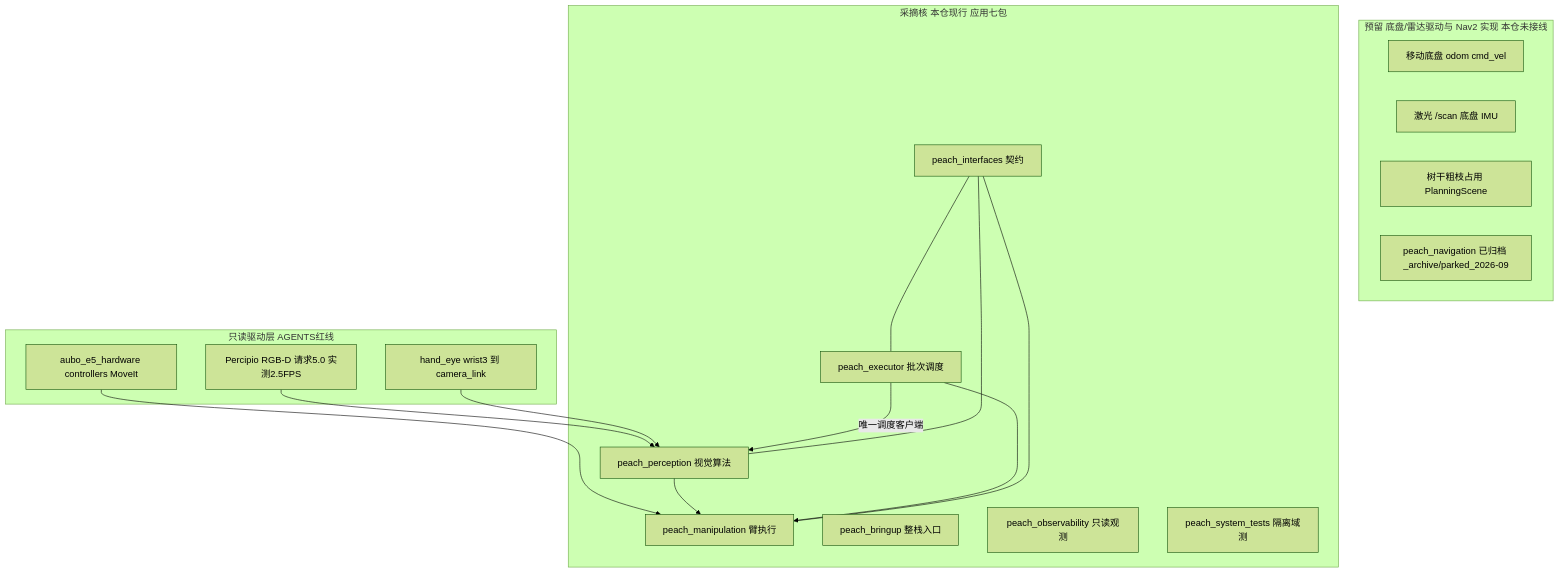
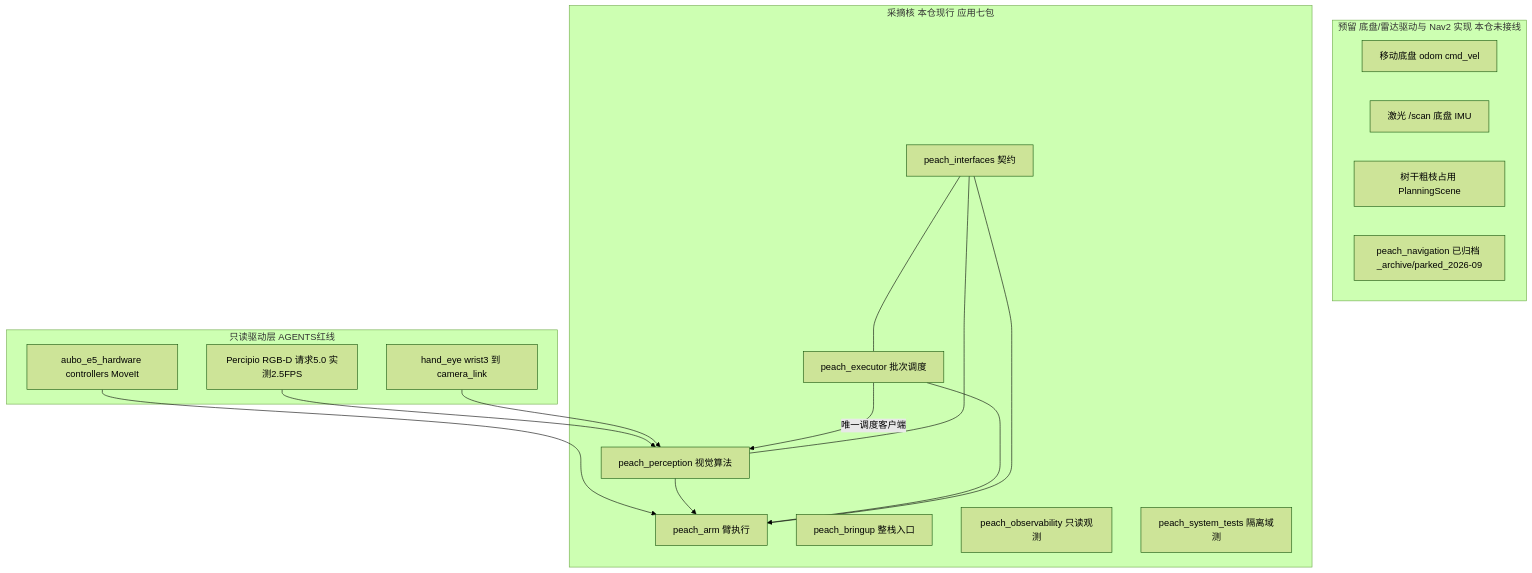
One commit to MUHAN11-c/aubo_boot changed the fourth of 15 diagrams in docs/architecture.md. Above: the diagram before and after it, drawn with Mermaid (forest theme). The commit also changed other lines of this file and 129 other files, not shown here.

First line of the commit message:
refactor(arm): 阶段2a 机械重命名 peach_manipulation → peach_arm（清洁重写轮）

````diff
--- a/docs/architecture.md
+++ b/docs/architecture.md
@@ -173,32 +173,32 @@
 ```mermaid
 flowchart TB
   subgraph reserved ["预留 底盘/雷达驱动与 Nav2 实现 本仓未接线"]
     chassis["移动底盘 odom cmd_vel"]
     lidar["激光 /scan 底盘 IMU"]
     occ["树干粗枝占用 PlanningScene"]
     navpark["peach_navigation 已归档 _archive/parked_2026-09"]
   end
   subgraph core ["采摘核 本仓现行 应用七包"]
     iface["peach_interfaces 契约"]
     perc["peach_perception 视觉算法"]
-    skills["peach_manipulation 臂执行"]
+    skills["peach_arm 臂执行"]
     exe["peach_executor 批次调度"]
     bringup["peach_bringup 整栈入口"]
     obs["peach_observability 只读观测"]
     systest["peach_system_tests 隔离域测"]
   end
   subgraph hw ["只读驱动层 AGENTS红线"]
     cam["Percipio RGB-D 请求5.0 实测2.5FPS"]
     arm["aubo_e5_hardware controllers MoveIt"]
     eye["hand_eye wrist3 到 camera_link"]
   end
   cam --> perc
   eye --> perc
   arm --> skills
   perc --> skills
   exe -->|"唯一调度客户端"| perc
   exe --> skills
   iface --- perc
   iface --- skills
   iface --- exe
 ```
````
